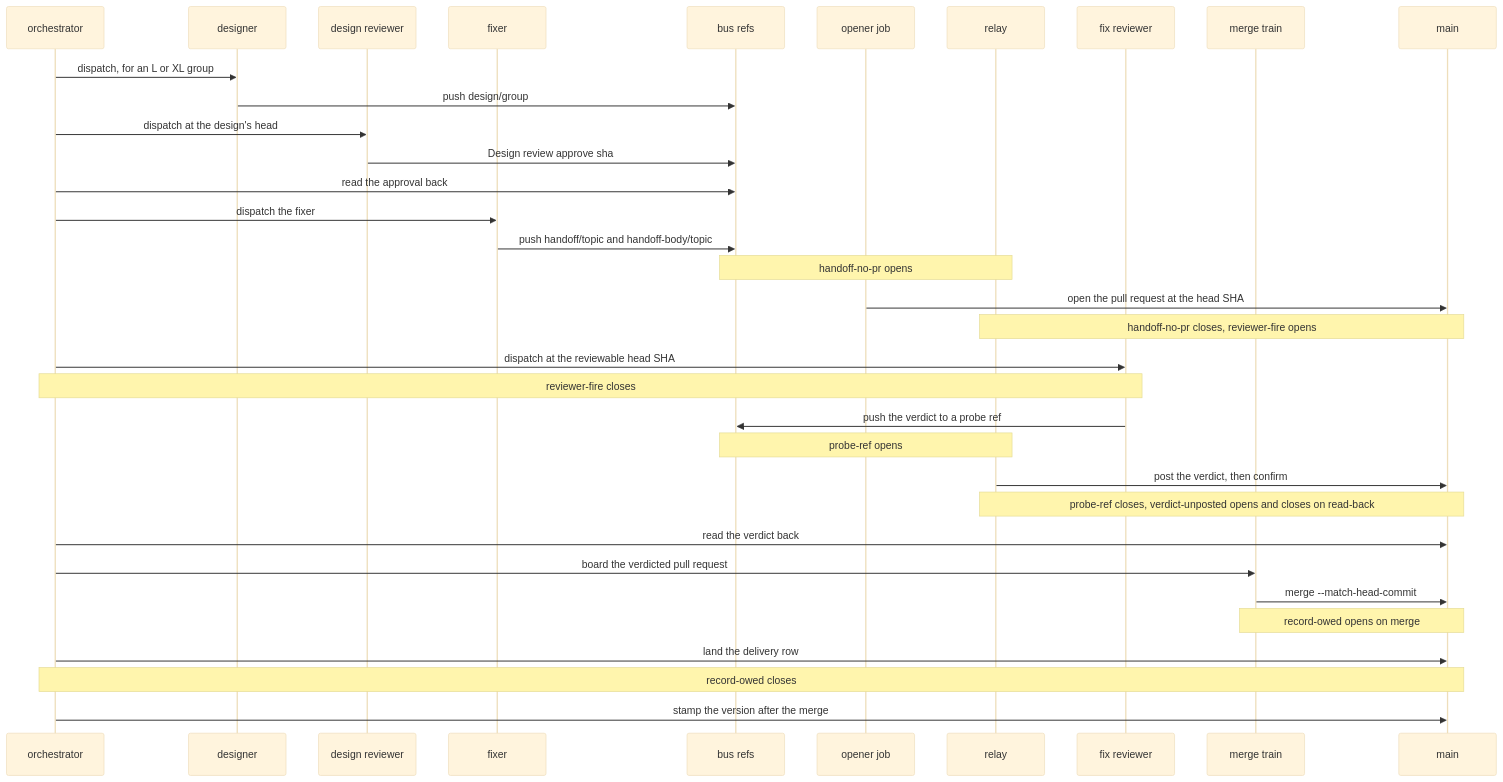
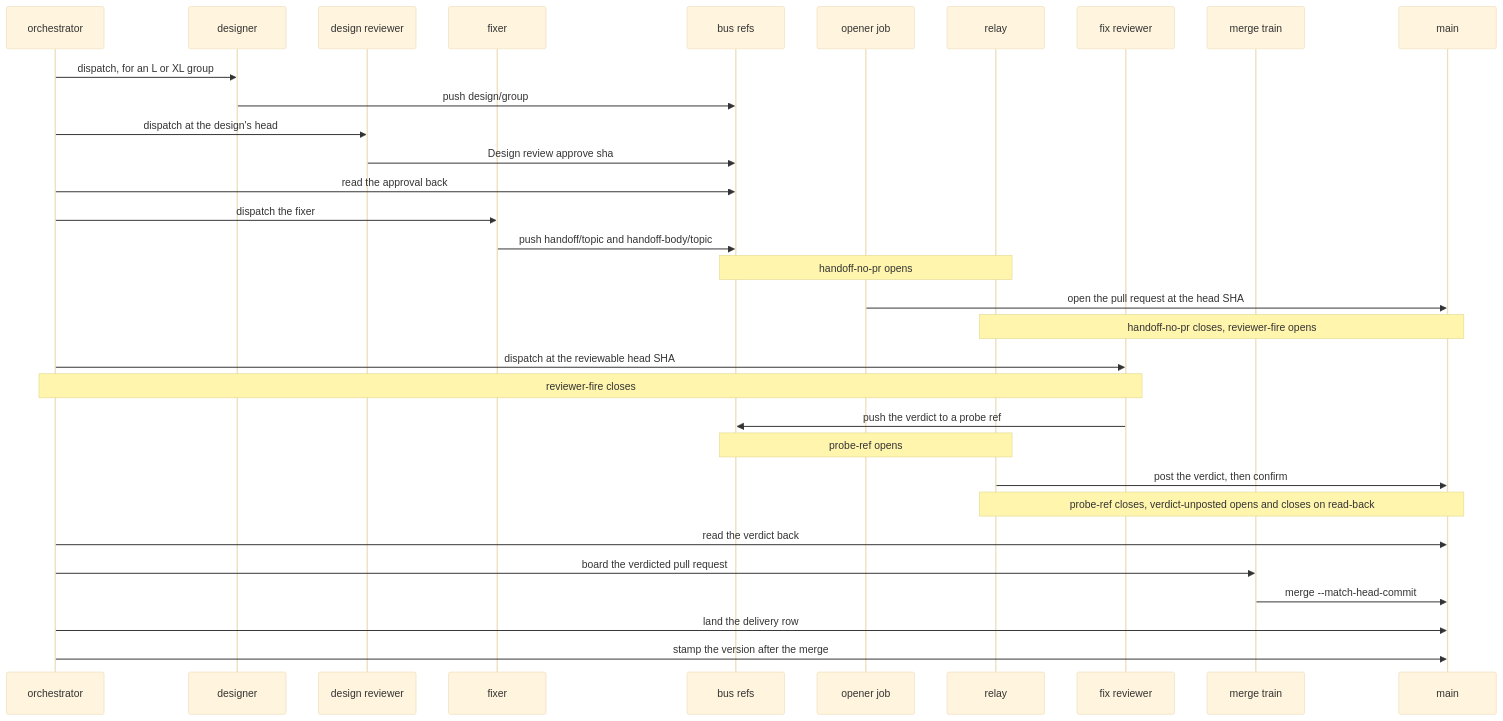
One commit to tvofi/heatpump_optimizer changed the fourth of 4 diagrams in dev/README.md. Above: the diagram before and after it, drawn with Mermaid (base theme). The commit also changed other lines of this file and 1 other file, not shown here.

Commit message:
R10-ARCH-DOCS re-cut: draw open_pr.sh's rekey and ledger attempt and the train's undraft, drop the record-owed notes, cite the guide for firing a seat; widen N18 to paths under a variable and add N20, each drawn script's writes to each drawn store

````diff
--- a/dev/README.md
+++ b/dev/README.md
@@ -508,36 +515,34 @@
 ```mermaid
 sequenceDiagram
     participant O as orchestrator
     participant D as designer
     participant DR as design reviewer
     participant F as fixer
     participant B as bus refs
     participant OP as opener job
     participant RL as relay
     participant RV as fix reviewer
     participant T as merge train
     participant M as main
     O->>D: dispatch, for an L or XL group
     D->>B: push design/group
     O->>DR: dispatch at the design's head
     DR->>B: Design review approve sha
     O->>B: read the approval back
     O->>F: dispatch the fixer
     F->>B: push handoff/topic and handoff-body/topic
     Note over B,RL: handoff-no-pr opens
     OP->>M: open the pull request at the head SHA
     Note over RL,M: handoff-no-pr closes, reviewer-fire opens
     O->>RV: dispatch at the reviewable head SHA
     Note over O,RV: reviewer-fire closes
     RV->>B: push the verdict to a probe ref
     Note over B,RL: probe-ref opens
     RL->>M: post the verdict, then confirm
     Note over RL,M: probe-ref closes, verdict-unposted opens and closes on read-back
     O->>M: read the verdict back
     O->>T: board the verdicted pull request
     T->>M: merge --match-head-commit
-    Note over T,M: record-owed opens on merge
     O->>M: land the delivery row
-    Note over O,M: record-owed closes
     O->>M: stamp the version after the merge
 ```
````
